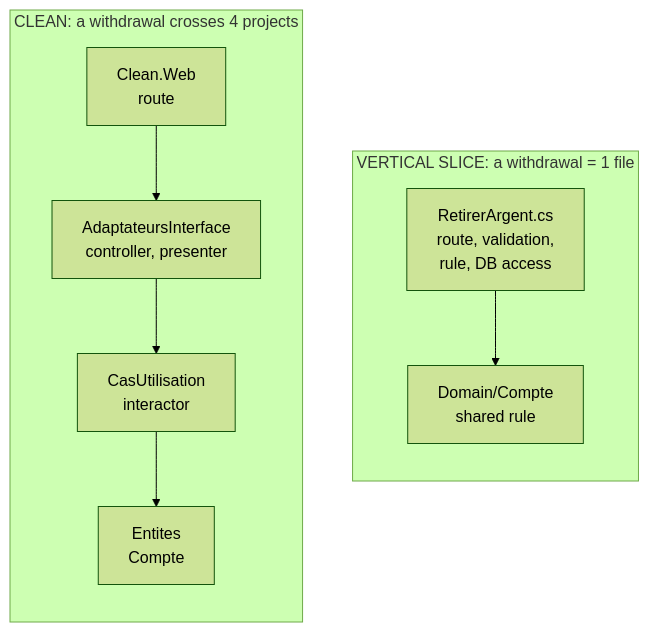
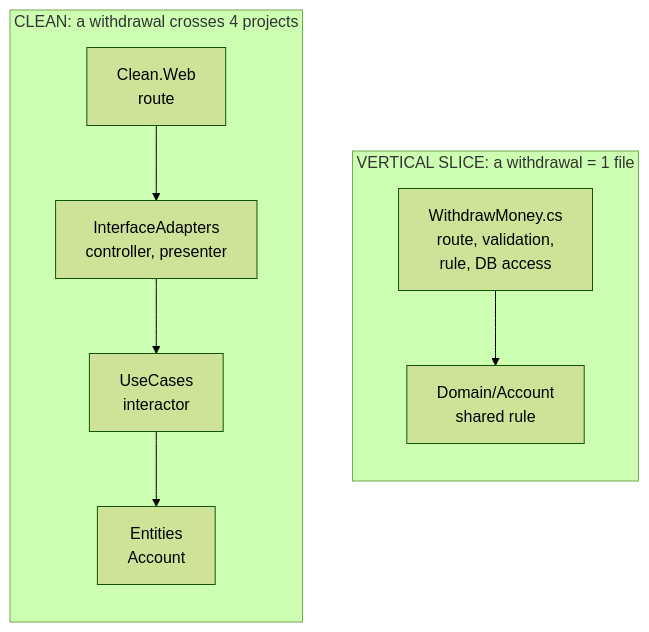
One commit to drangoht/ArchitecturesDemo changed the diagram in Docs/en/differences/04-clean-vs-vertical-slice.md. Above: the diagram before and after it, drawn with Mermaid (forest theme). The commit also changed other lines of this file and 78 other files, not shown here.

First line of the commit message:
Docs EN : identifiants, liens, diagrammes et sorties alignés sur le code anglais

````diff
--- a/Docs/en/differences/04-clean-vs-vertical-slice.md
+++ b/Docs/en/differences/04-clean-vs-vertical-slice.md
@@ -33,12 +33,12 @@
 ```mermaid
 flowchart LR
     subgraph C["CLEAN: a withdrawal crosses 4 projects"]
         direction TB
-        W["Clean.Web<br/>route"] --> A["AdaptateursInterface<br/>controller, presenter"] --> U["CasUtilisation<br/>interactor"] --> E["Entites<br/>Compte"]
+        W["Clean.Web<br/>route"] --> A["InterfaceAdapters<br/>controller, presenter"] --> U["UseCases<br/>interactor"] --> E["Entities<br/>Account"]
     end
     subgraph V["VERTICAL SLICE: a withdrawal = 1 file"]
         direction TB
-        R["RetirerArgent.cs<br/>route, validation,<br/>rule, DB access"] --> D["Domain/Compte<br/>shared rule"]
+        R["WithdrawMoney.cs<br/>route, validation,<br/>rule, DB access"] --> D["Domain/Account<br/>shared rule"]
     end
     C ~~~ V
 ```
````
